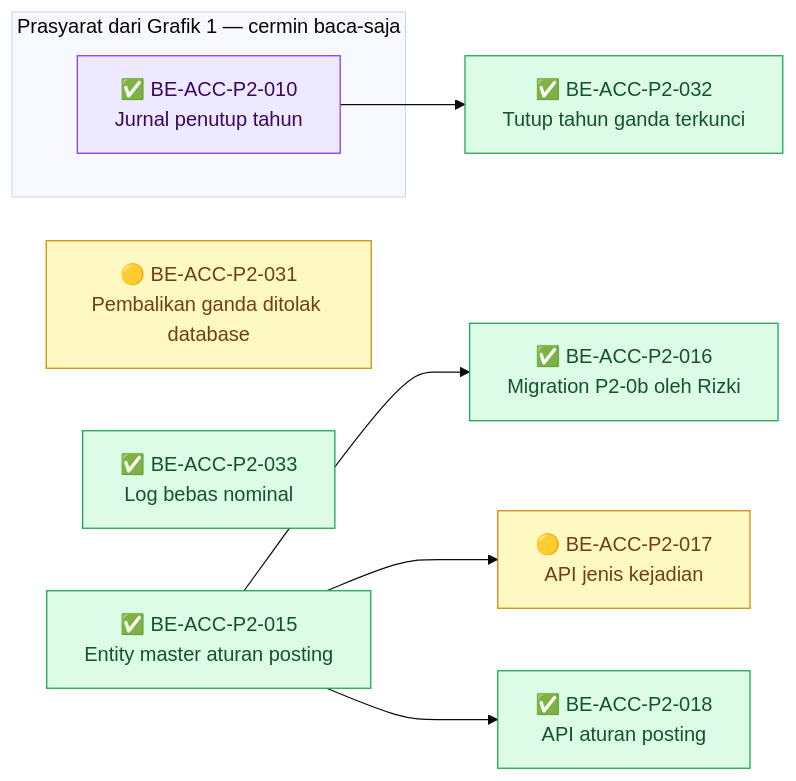
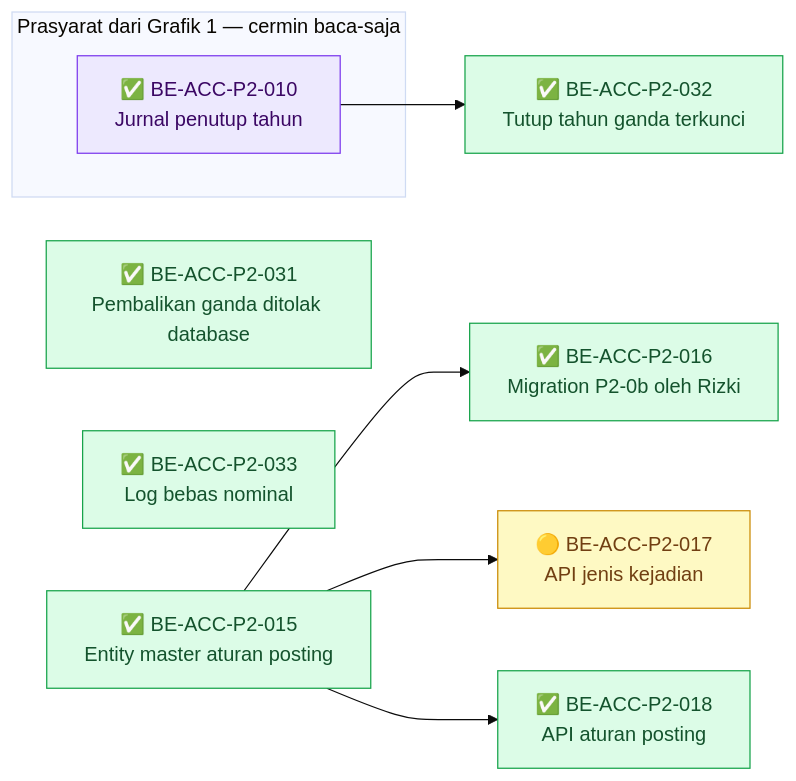
One commit to DevBenari/NewQuilvianSystemBackend changed the third of 3 diagrams in docs/module-blueprints/accounting/roadmap/backend-roadmap-phase2.md. Above: the diagram before and after it, drawn with Mermaid (base theme). The commit also changed other lines of this file and 8 other files, not shown here.

````diff
--- a/docs/module-blueprints/accounting/roadmap/backend-roadmap-phase2.md
+++ b/docs/module-blueprints/accounting/roadmap/backend-roadmap-phase2.md
@@ -119,25 +119,25 @@
 ```mermaid
 flowchart LR
     classDef selesai fill:#DCFCE7,stroke:#16A34A,color:#14532D
     classDef sebagian fill:#FEF9C3,stroke:#CA8A04,color:#713F12
     classDef terblokir fill:#FEE2E2,stroke:#DC2626,color:#7F1D1D
     classDef belum fill:#F1F5F9,stroke:#64748B,color:#0F172A
     classDef luar fill:#EDE9FE,stroke:#7C3AED,color:#3B0764
 
     subgraph cermin["Prasyarat dari Grafik 1 — cermin baca-saja"]
         MBEACCP2010["✅ BE-ACC-P2-010<br/>Jurnal penutup tahun"]:::luar
     end
 
-    BEACCP2031["🟡 BE-ACC-P2-031<br/>Pembalikan ganda ditolak database"]:::sebagian
+    BEACCP2031["✅ BE-ACC-P2-031<br/>Pembalikan ganda ditolak database"]:::selesai
     BEACCP2032["✅ BE-ACC-P2-032<br/>Tutup tahun ganda terkunci"]:::selesai
     BEACCP2033["✅ BE-ACC-P2-033<br/>Log bebas nominal"]:::selesai
     BEACCP2015["✅ BE-ACC-P2-015<br/>Entity master aturan posting"]:::selesai
     BEACCP2016["✅ BE-ACC-P2-016<br/>Migration P2-0b oleh Rizki"]:::selesai
     BEACCP2017["🟡 BE-ACC-P2-017<br/>API jenis kejadian"]:::sebagian
     BEACCP2018["✅ BE-ACC-P2-018<br/>API aturan posting"]:::selesai
 
     MBEACCP2010 --> BEACCP2032
     BEACCP2015 --> BEACCP2016
     BEACCP2015 --> BEACCP2017
     BEACCP2015 --> BEACCP2018
 ```
````
